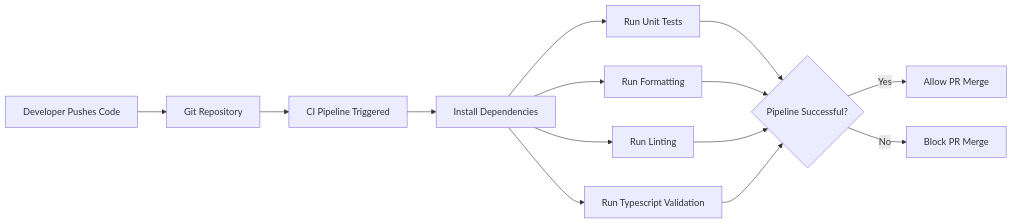
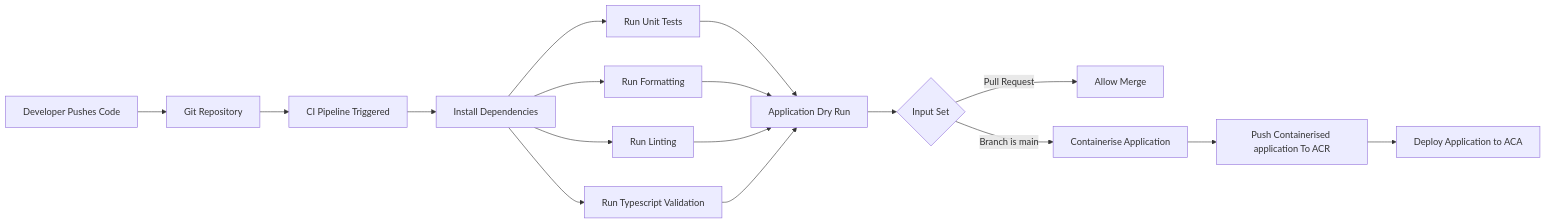
The diagram in mermaid/ci.md (dosullivan557/Devops-coursework), drawn with Mermaid before and after one commit. The commit also changed 7 other files, not shown here.

````diff
--- a/mermaid/ci.md
+++ b/mermaid/ci.md
@@ -3,16 +3,20 @@
 ```mermaid
 flowchart LR
     A[Developer Pushes Code] --> B[Git Repository]
     B --> C[CI Pipeline Triggered]
     C --> D[Install Dependencies]
     D --> E1[Run Unit Tests]
     D --> E2[Run Formatting]
     D --> E3[Run Linting]
     D --> E4[Run Typescript Validation]
-    E1--> G{Pipeline Successful?}
+    E1--> G[Application Dry Run]
     E2--> G
     E3--> G
     E4--> G
-    G -->|Yes| H[Allow PR Merge]
-    G -->|No| I[Block PR Merge]
+    G-->H{Input Set}
+    H -->|Pull Request| I[Allow Merge]
+    H -->|Branch is main| J[Containerise Application]
+    J --> K[Push Containerised application To ACR]
+    K-->L[Deploy Application to ACA]
+    
 ```
````
